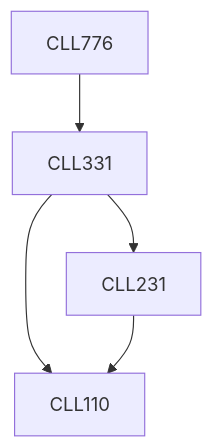
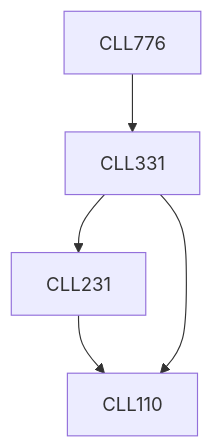
Before and after one commit to KeshavBansal0122/CoS_Website: the diagram in content/Chemical Engineering/CLL776.md, drawn with Mermaid. The commit also changed other lines of this file and 2667 other files, not shown here.

````diff
--- a/content/Chemical Engineering/CLL776.md
+++ b/content/Chemical Engineering/CLL776.md
@@ -15,7 +13,11 @@
 ```mermaid
-graph TD
-CLL776 --> CLL331
-CLL331 --> CLL110
-CLL331 --> CLL231
-CLL231 --> CLL110
+flowchart TD
+CLL776-155[CLL776]
+CLL776-155 --> CLL331-155[CLL331]
+CLL231-155 --> CLL110-155[CLL110]
+CLL331-155 --> CLL231-155[CLL231]
+CLL331-155 --> CLL110-155[CLL110]
+
+classDef empty height:17px, fill:transparent, stroke:transparent;
+classDef trueEmpty height:0px, width:0px;
 ```
````
